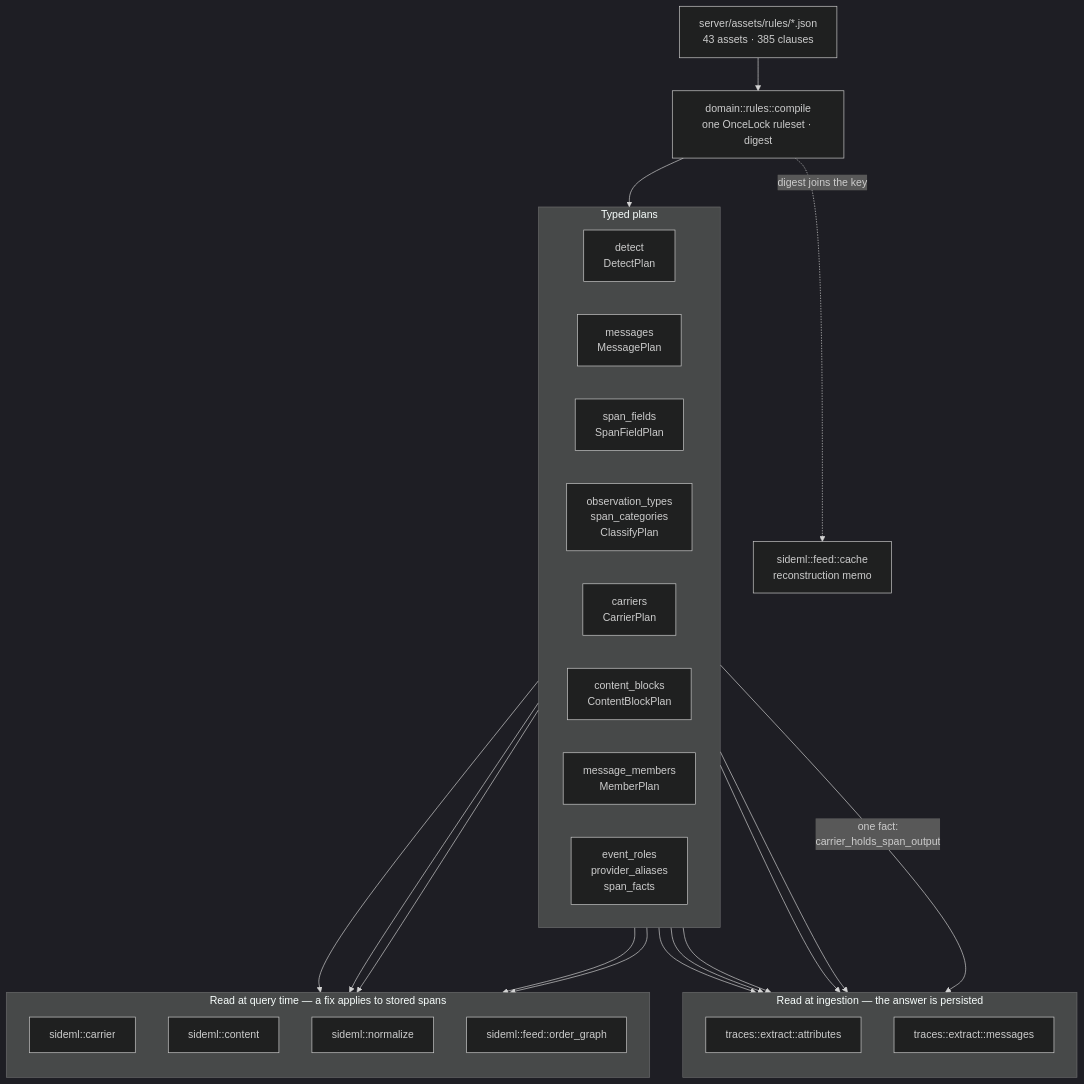
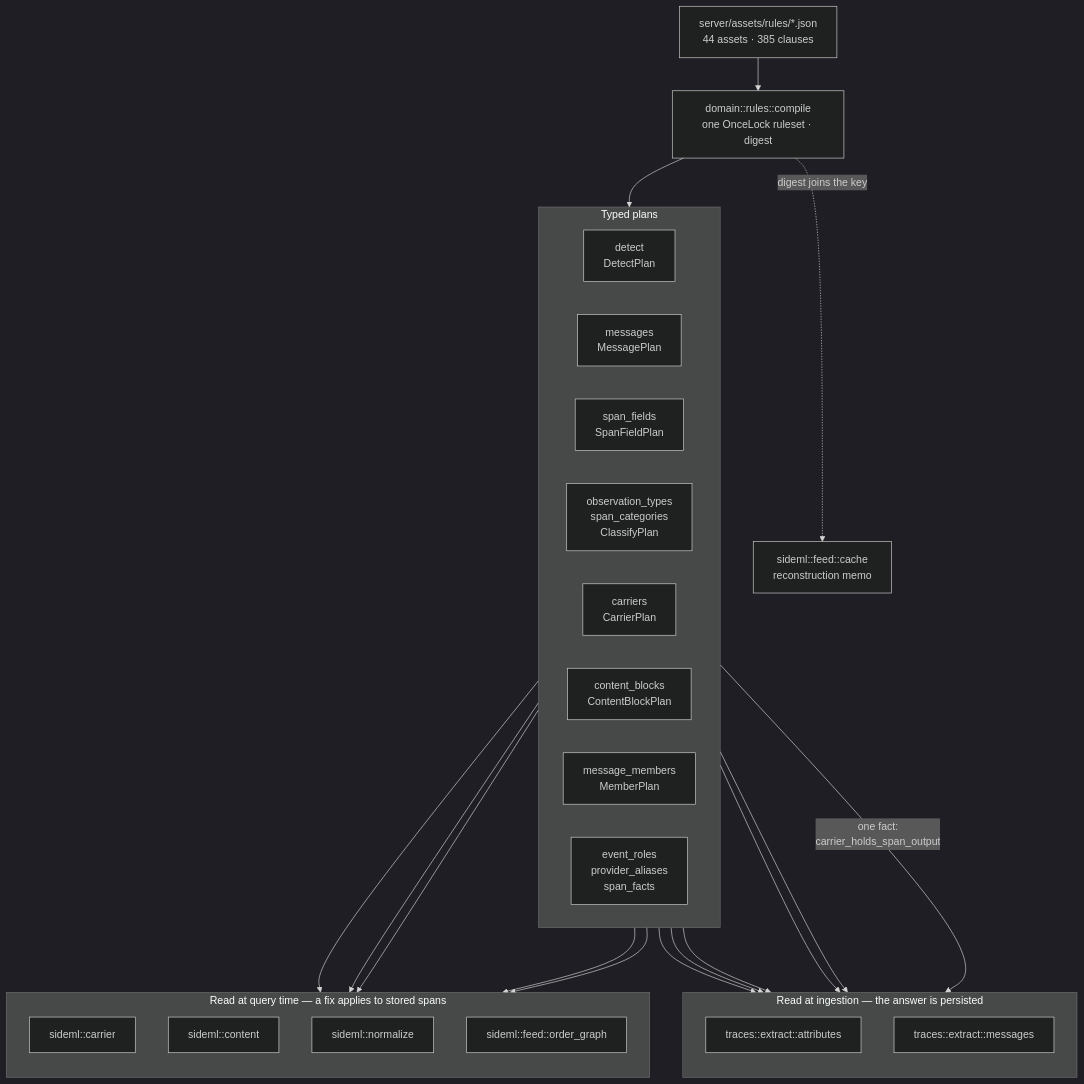
One commit to sideseat/sideseat changed the first of 7 diagrams in docs/engineering/architecture-diagrams.md. Above: the diagram before and after it, drawn with Mermaid (dark theme). The commit also changed 3 other files, not shown here.

````diff
--- a/docs/engineering/architecture-diagrams.md
+++ b/docs/engineering/architecture-diagrams.md
@@ -18,47 +18,47 @@
 ```mermaid
 flowchart TB
-    assets["server/assets/rules/*.json<br/>43 assets · 385 clauses"]
+    assets["server/assets/rules/*.json<br/>44 assets · 385 clauses"]
     compile["domain::rules::compile<br/>one OnceLock ruleset · digest"]
     assets --> compile
 
     subgraph plans["Typed plans"]
         direction LR
         detect["detect<br/>DetectPlan"]
         messages["messages<br/>MessagePlan"]
         fields["span_fields<br/>SpanFieldPlan"]
         classify["observation_types<br/>span_categories<br/>ClassifyPlan"]
         carriers["carriers<br/>CarrierPlan"]
         blocks["content_blocks<br/>ContentBlockPlan"]
         members["message_members<br/>MemberPlan"]
         roles["event_roles<br/>provider_aliases<br/>span_facts"]
     end
     compile --> plans
 
     subgraph ingest["Read at ingestion — the answer is persisted"]
         direction TB
         attrs["traces::extract::attributes"]
         msgs["traces::extract::messages"]
     end
 
     subgraph query["Read at query time — a fix applies to stored spans"]
         direction TB
         carrier["sideml::carrier"]
         content["sideml::content"]
         normalize["sideml::normalize"]
         order["sideml::feed::order_graph"]
     end
 
     detect --> attrs
     fields --> attrs
     classify --> attrs
     roles --> attrs
     messages --> msgs
     carriers -->|"one fact:<br/>carrier_holds_span_output"| msgs
     carriers --> carrier
     carriers --> order
     blocks --> content
     members --> content
     roles --> normalize
 
     compile -. "digest joins the key" .-> cache["sideml::feed::cache<br/>reconstruction memo"]
 ```
````
